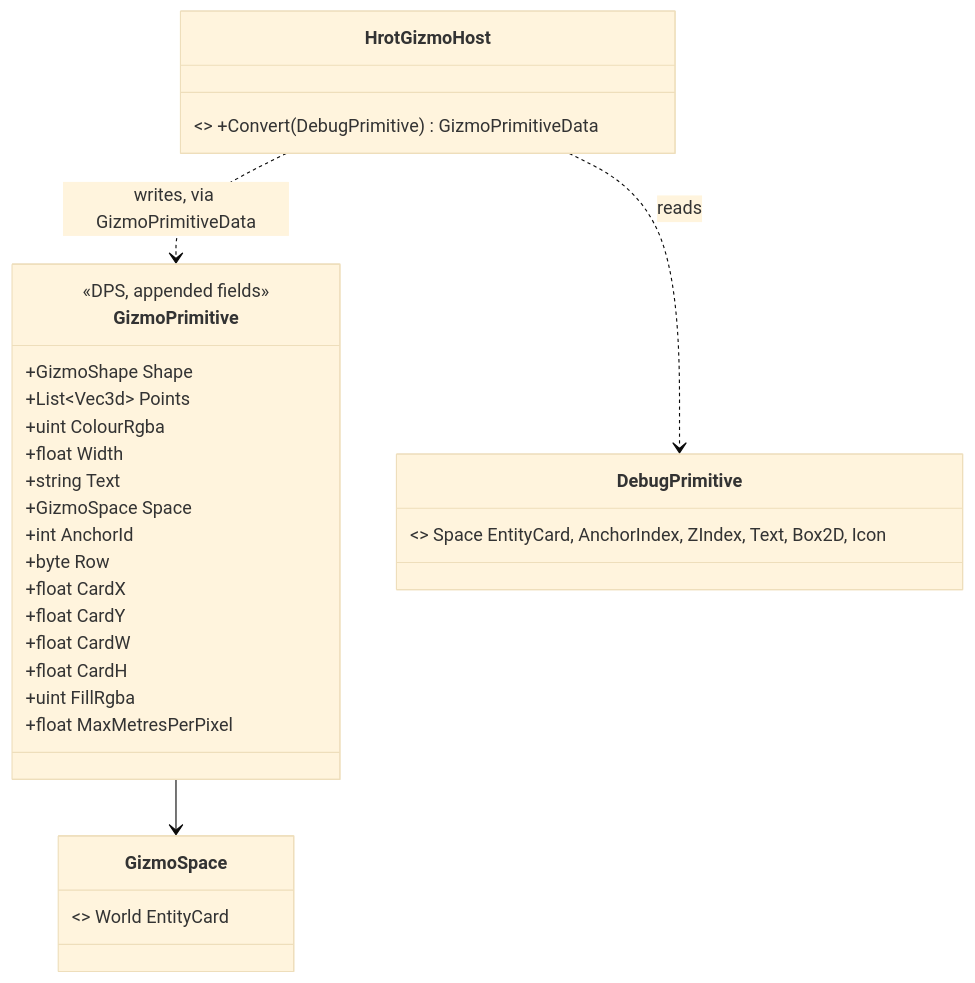
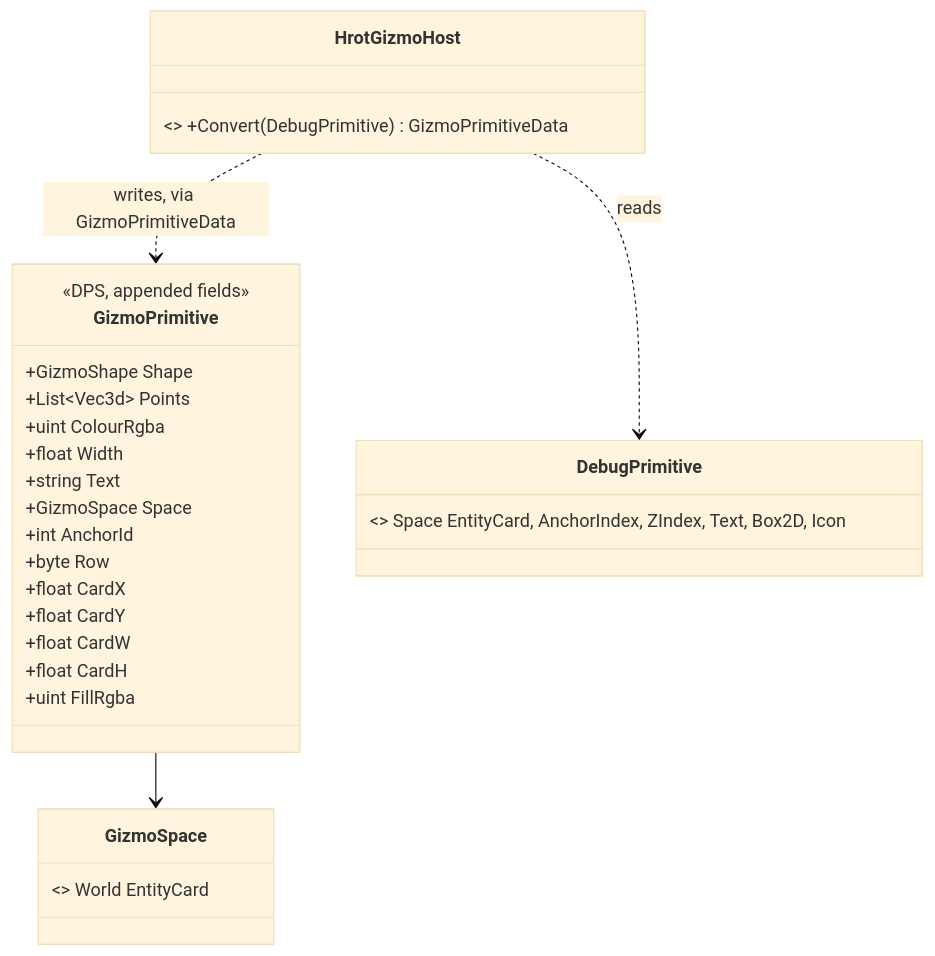
Before and after one commit to pjanec/SimNetGateway: the second of 3 diagrams in docs/design/DD-024-Dps-Entity-Cards.md, drawn with Mermaid (base theme). The commit also changed other lines of this file and 2 other files, not shown here.

````diff
--- a/docs/design/DD-024-Dps-Entity-Cards.md
+++ b/docs/design/DD-024-Dps-Entity-Cards.md
@@ -58,26 +58,25 @@
 ```mermaid
 classDiagram
     class GizmoPrimitive {
         <<DPS, appended fields>>
         +GizmoShape Shape
         +List~Vec3d~ Points
         +uint ColourRgba
         +float Width
         +string Text
         +GizmoSpace Space
         +int AnchorId
         +byte Row
         +float CardX
         +float CardY
         +float CardW
         +float CardH
         +uint FillRgba
-        +float MaxMetresPerPixel
     }
     class GizmoSpace { <<enum, new>> World EntityCard }
     class HrotGizmoHost { <<existing>> +Convert(DebugPrimitive) GizmoPrimitiveData }
     class DebugPrimitive { <<HROT>> Space EntityCard, AnchorIndex, ZIndex, Text, Box2D, Icon }
     GizmoPrimitive --> GizmoSpace
     HrotGizmoHost ..> DebugPrimitive : reads
     HrotGizmoHost ..> GizmoPrimitive : writes, via GizmoPrimitiveData
 ```
````
